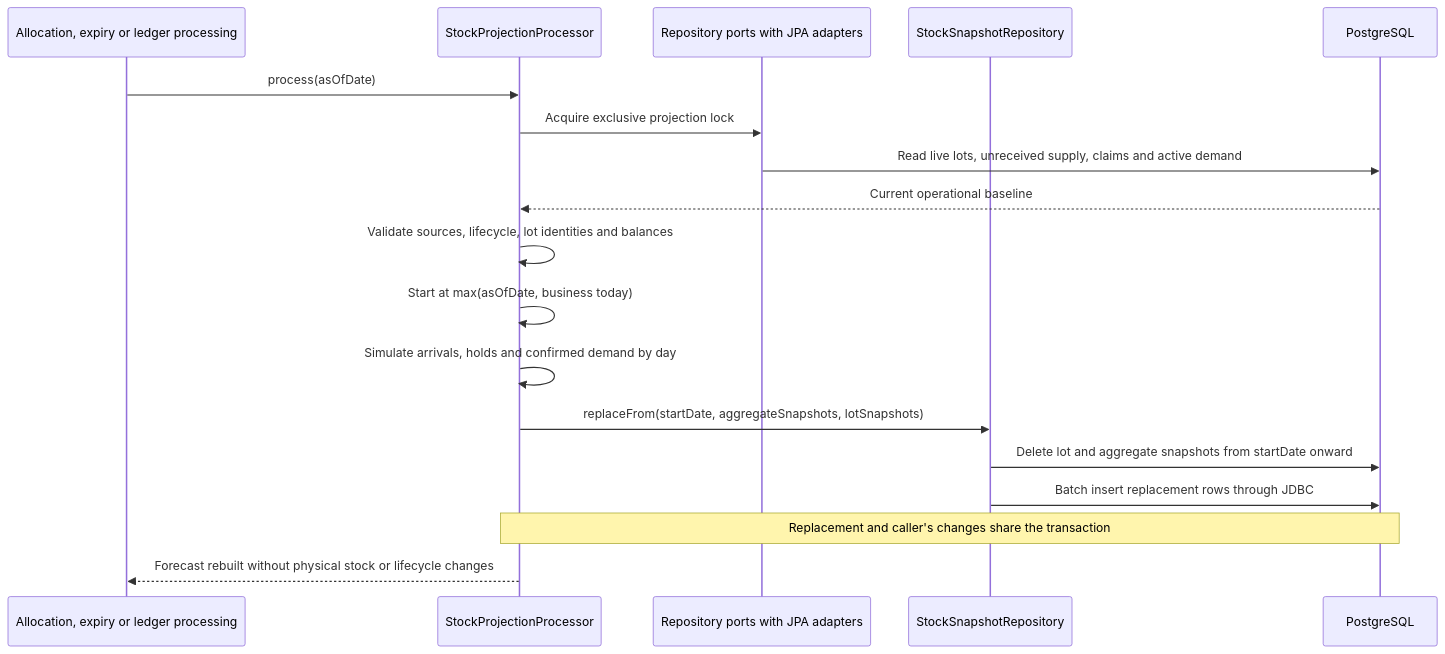
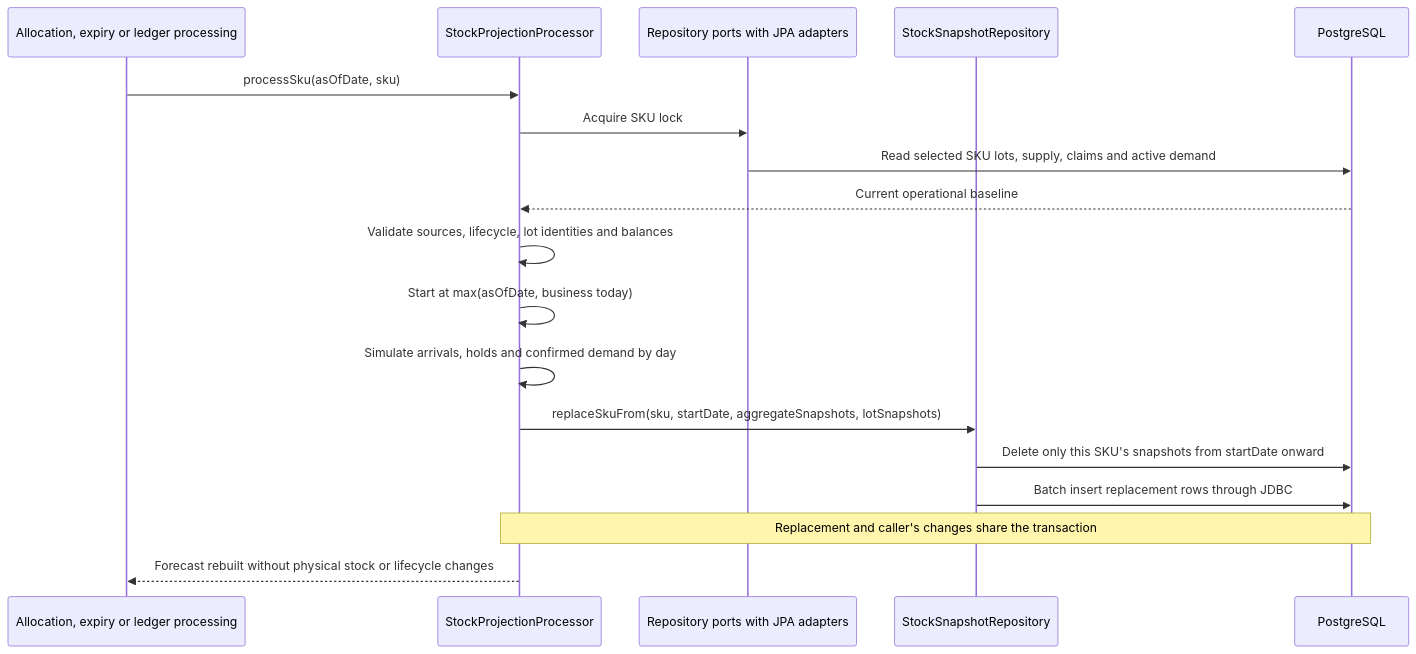
Diagram 11 of 16 in .github/memory/architecture.md (vriesjo/stockio), drawn with Mermaid before and after one commit. The commit also changed other lines of this file and 89 other files, not shown here.

````diff
--- a/.github/memory/architecture.md
+++ b/.github/memory/architecture.md
@@ -884,21 +946,21 @@
 ```mermaid
 sequenceDiagram
     participant Caller as Allocation, expiry or ledger processing
     participant Projection as StockProjectionProcessor
     participant Operational as Repository ports with JPA adapters
     participant Snapshots as StockSnapshotRepository
     participant DB as PostgreSQL
 
-    Caller->>Projection: process(asOfDate)
-    Projection->>Operational: Acquire exclusive projection lock
-    Operational->>DB: Read live lots, unreceived supply, claims and active demand
+    Caller->>Projection: processSku(asOfDate, sku)
+    Projection->>Operational: Acquire SKU lock
+    Operational->>DB: Read selected SKU lots, supply, claims and active demand
     DB-->>Projection: Current operational baseline
     Projection->>Projection: Validate sources, lifecycle, lot identities and balances
     Projection->>Projection: Start at max(asOfDate, business today)
     Projection->>Projection: Simulate arrivals, holds and confirmed demand by day
-    Projection->>Snapshots: replaceFrom(startDate, aggregateSnapshots, lotSnapshots)
-    Snapshots->>DB: Delete lot and aggregate snapshots from startDate onward
+    Projection->>Snapshots: replaceSkuFrom(sku, startDate, aggregateSnapshots, lotSnapshots)
+    Snapshots->>DB: Delete only this SKU's snapshots from startDate onward
     Snapshots->>DB: Batch insert replacement rows through JDBC
     Note over Projection,DB: Replacement and caller's changes share the transaction
     Projection-->>Caller: Forecast rebuilt without physical stock or lifecycle changes
 ```
````
